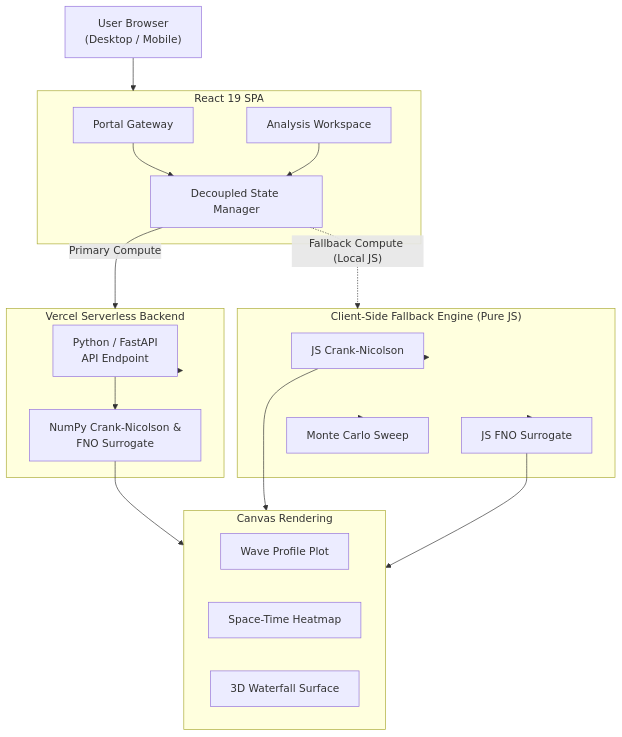
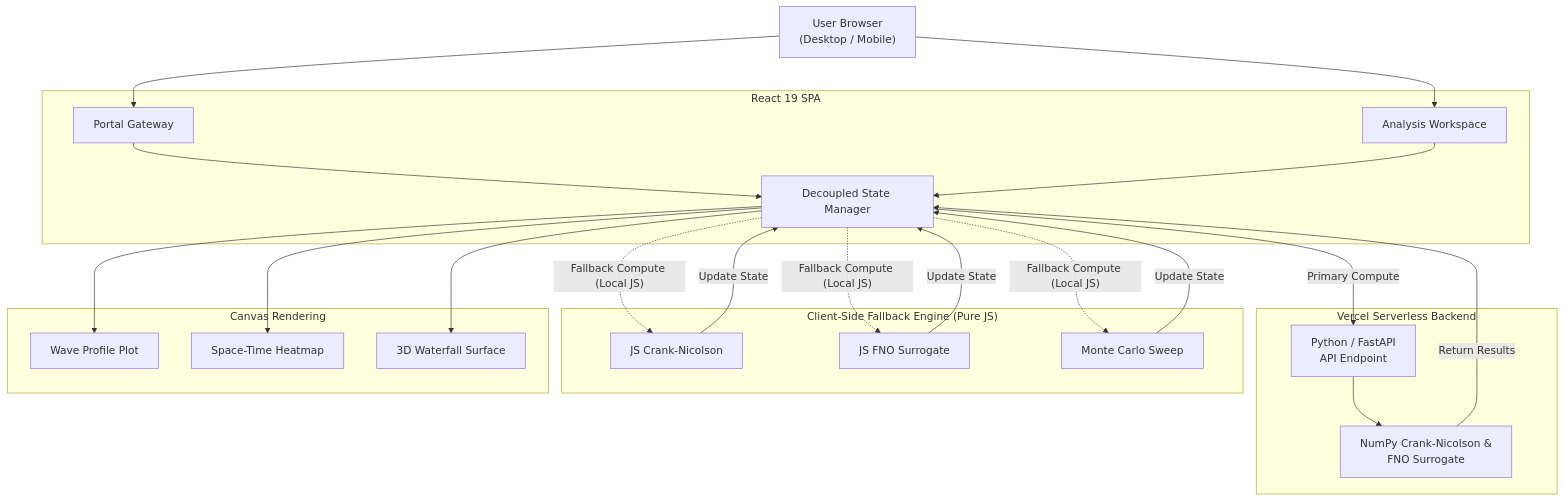
Before and after one commit to shekharsameer2308/Prototype-FNO-1D-RxnDynamics-: the second of 2 diagrams in README.md, drawn with Mermaid. The commit also changed other lines of this file, not shown here.

Commit message:
docs: refine README equations, header capitalization, and mermaid architecture diagram

````diff
--- a/README.md
+++ b/README.md
@@ -203,41 +203,48 @@
 ```mermaid
 graph TD
     User["User Browser<br/>(Desktop / Mobile)"]
 
     subgraph React_App["React 19 SPA"]
         Portal["Portal Gateway"]
         Workstation["Analysis Workspace"]
         StateEngine["Decoupled State Manager"]
     end
 
     subgraph Backend_Layer["Vercel Serverless Backend"]
         FastAPI["Python / FastAPI<br/>API Endpoint"]
         NumPy["NumPy Crank-Nicolson &<br/>FNO Surrogate"]
     end
 
     subgraph Compute_Layer["Client-Side Fallback Engine (Pure JS)"]
         CN["JS Crank-Nicolson"]
         FNO["JS FNO Surrogate"]
         MC["Monte Carlo Sweep"]
     end
 
     subgraph Render_Layer["Canvas Rendering"]
         WavePlot["Wave Profile Plot"]
         Heatmap["Space-Time Heatmap"]
         Surface3D["3D Waterfall Surface"]
     end
 
-    User --> React_App
+    User --> Portal
+    User --> Workstation
     Portal --> StateEngine
     Workstation --> StateEngine
-    StateEngine -->|Primary Compute| Backend_Layer
-    Backend_Layer --> FastAPI
+
+    StateEngine -->|Primary Compute| FastAPI
     FastAPI --> NumPy
-    StateEngine -. "Fallback Compute (Local JS)" .-> Compute_Layer
-    Compute_Layer --> CN
-    Compute_Layer --> FNO
-    Compute_Layer --> MC
-    NumPy --> Render_Layer
-    CN --> Render_Layer
-    FNO --> Render_Layer
+    NumPy -->|Return Results| StateEngine
+
+    StateEngine -. "Fallback Compute (Local JS)" .-> CN
+    StateEngine -. "Fallback Compute (Local JS)" .-> FNO
+    StateEngine -. "Fallback Compute (Local JS)" .-> MC
+
+    CN -->|Update State| StateEngine
+    FNO -->|Update State| StateEngine
+    MC -->|Update State| StateEngine
+
+    StateEngine --> WavePlot
+    StateEngine --> Heatmap
+    StateEngine --> Surface3D
 ```
````
